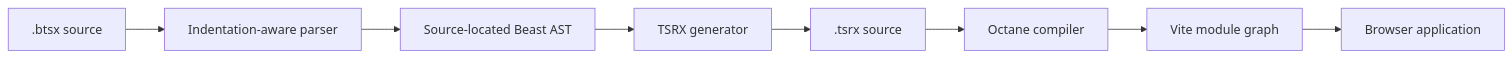
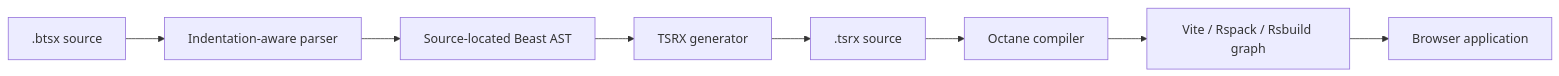
One commit to beastjs/beast changed the diagram in README.md. Above: the diagram before and after it, drawn with Mermaid. The commit also changed other lines of this file and 17 other files, not shown here.

````diff
--- a/README.md
+++ b/README.md
@@ -100,10 +103,10 @@
 ```mermaid
 flowchart LR
     A[.btsx source] --> B[Indentation-aware parser]
     B --> C[Source-located Beast AST]
     C --> D[TSRX generator]
     D --> E[.tsrx source]
     E --> F[Octane compiler]
-    F --> G[Vite module graph]
+    F --> G[Vite / Rspack / Rsbuild graph]
     G --> H[Browser application]
 ```
````
